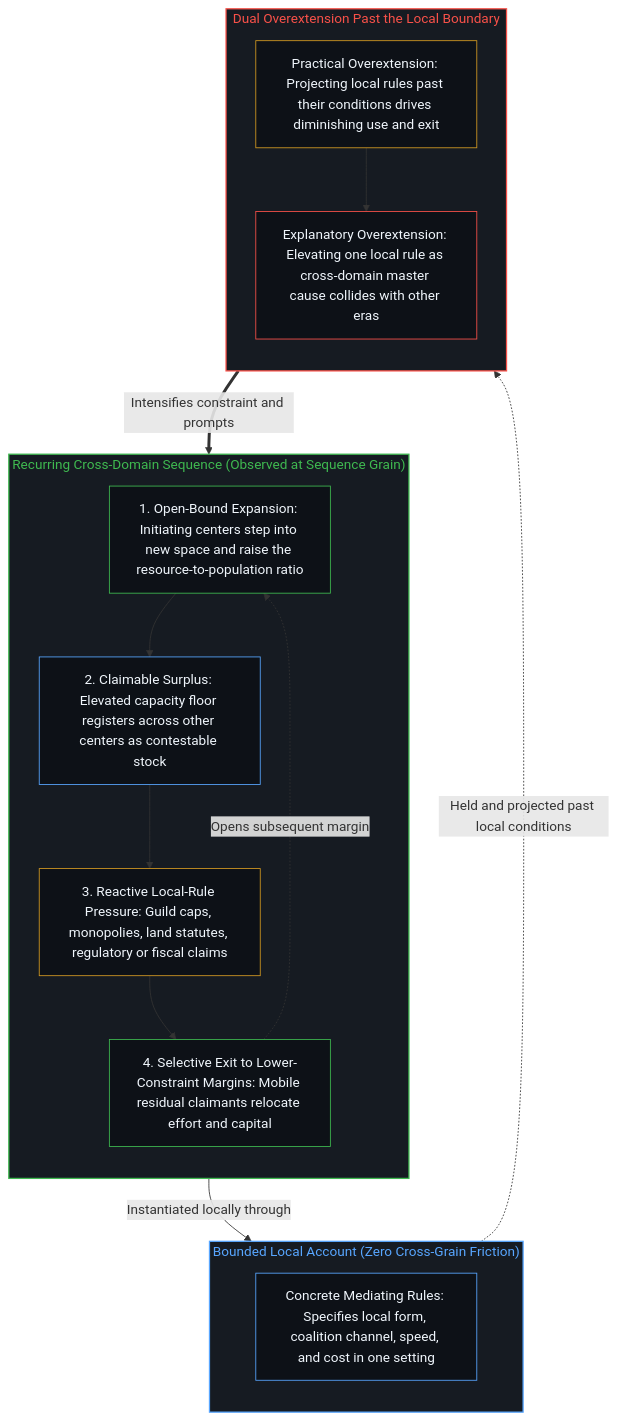
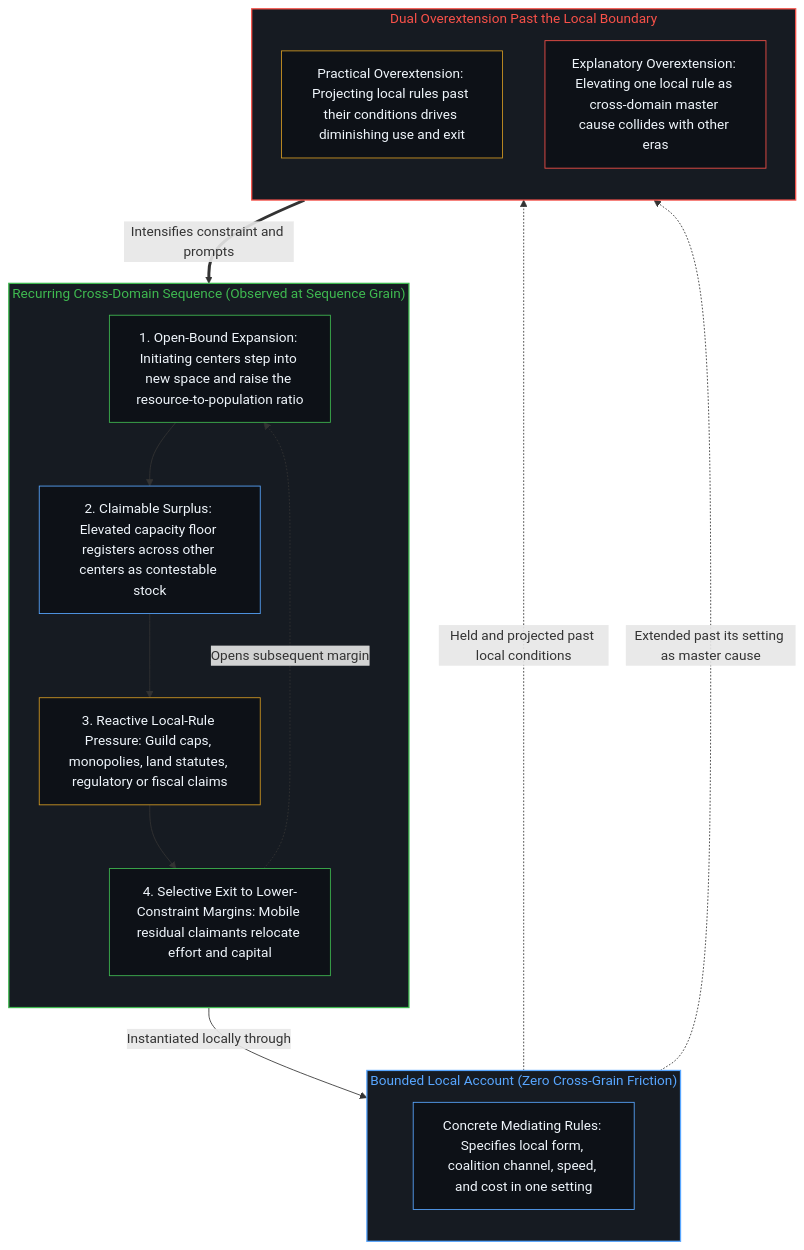
Before and after one commit to powerpig99/not-a-toe: the second of 4 diagrams in content/posts/the-sequence-of-expansion-and-the-boundary-of-local-accounts.md, drawn with Mermaid. The commit also changed other lines of this file and 1 other file, not shown here.

Commit message:
Consolidate Deep Sleep Batch 9 (lane-society): restore choosing-center locus and split Diagram 1 branches in the-sequence-of-expansion-and-the-boundary-of-local-accounts

````diff
--- a/content/posts/the-sequence-of-expansion-and-the-boundary-of-local-accounts.md
+++ b/content/posts/the-sequence-of-expansion-and-the-boundary-of-local-accounts.md
@@ -55,35 +55,35 @@
 ```mermaid
 flowchart TD
     subgraph S_Seq["Recurring Cross-Domain Sequence (Observed at Sequence Grain)"]
         direction TB
         Q1["1. Open-Bound Expansion: Initiating centers step into new space and raise the resource-to-population ratio"]
         Q2["2. Claimable Surplus: Elevated capacity floor registers across other centers as contestable stock"]
         Q3["3. Reactive Local-Rule Pressure: Guild caps, monopolies, land statutes, regulatory or fiscal claims"]
         Q4["4. Selective Exit to Lower-Constraint Margins: Mobile residual claimants relocate effort and capital"]
         Q1 --> Q2 --> Q3 --> Q4
     end
     subgraph S_Local["Bounded Local Account (Zero Cross-Grain Friction)"]
         direction TB
         B1["Concrete Mediating Rules: Specifies local form, coalition channel, speed, and cost in one setting"]
     end
     subgraph S_Over["Dual Overextension Past the Local Boundary"]
         direction TB
         O1["Practical Overextension: Projecting local rules past their conditions drives diminishing use and exit"]
         O2["Explanatory Overextension: Elevating one local rule as cross-domain master cause collides with other eras"]
-        O1 --> O2
     end
     Q3 -->|"Instantiated locally through"| B1
     Q4 -.->|"Opens subsequent margin"| Q1
     B1 -.->|"Held and projected past local conditions"| O1
+    B1 -.->|"Extended past its setting as master cause"| O2
     O1 ==>|"Intensifies constraint and prompts"| Q4
     style S_Seq fill:#161b22,stroke:#3fb950,stroke-width:1.5px,color:#3fb950
     style S_Local fill:#161b22,stroke:#58a6ff,stroke-width:1.5px,color:#58a6ff
     style S_Over fill:#161b22,stroke:#f85149,stroke-width:1.5px,color:#f85149
     style Q1 fill:#0d1117,stroke:#3fb950,stroke-width:1px,color:#f0f6fc
     style Q2 fill:#0d1117,stroke:#58a6ff,stroke-width:1px,color:#f0f6fc
     style Q3 fill:#0d1117,stroke:#d29922,stroke-width:1px,color:#f0f6fc
     style Q4 fill:#0d1117,stroke:#3fb950,stroke-width:1px,color:#f0f6fc
     style B1 fill:#0d1117,stroke:#58a6ff,stroke-width:1px,color:#f0f6fc
     style O1 fill:#0d1117,stroke:#d29922,stroke-width:1px,color:#f0f6fc
     style O2 fill:#0d1117,stroke:#f85149,stroke-width:1px,color:#f0f6fc
 ```
````
